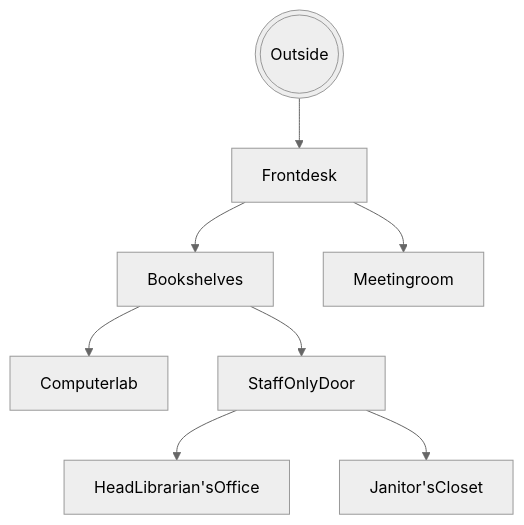
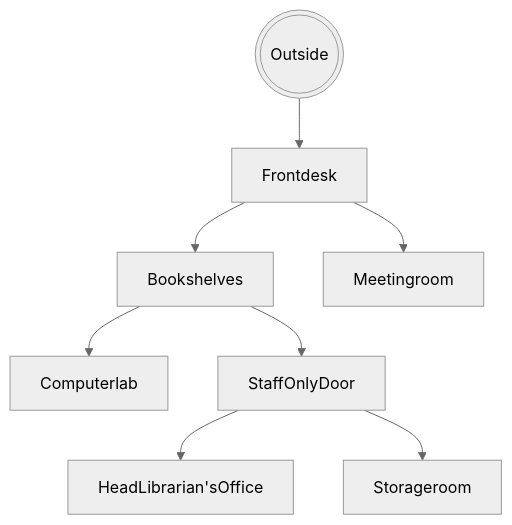
One commit to Woahthatsalooongusername/Woahthatsalooongusername.github.io changed the diagram in projects/game/README.md. Above: the diagram before and after it, drawn with Mermaid (neutral theme). The commit also changed other lines of this file and 2 other files, not shown here.

````diff
--- a/projects/game/README.md
+++ b/projects/game/README.md
@@ -9,10 +8,10 @@
 ```mermaid
 graph TD;
     Outside(((Outside)))-->Frontdesk;
     Frontdesk-->Bookshelves;
-    Frontdesk-->Meetingroom
+    Frontdesk-->Meetingroom;
     Bookshelves-->Computerlab;
     Bookshelves-->StaffOnlyDoor;
     StaffOnlyDoor-->HeadLibrarian'sOffice;
-    StaffOnlyDoor-->Janitor'sCloset;
+    StaffOnlyDoor-->Storageroom;
 ```
````
